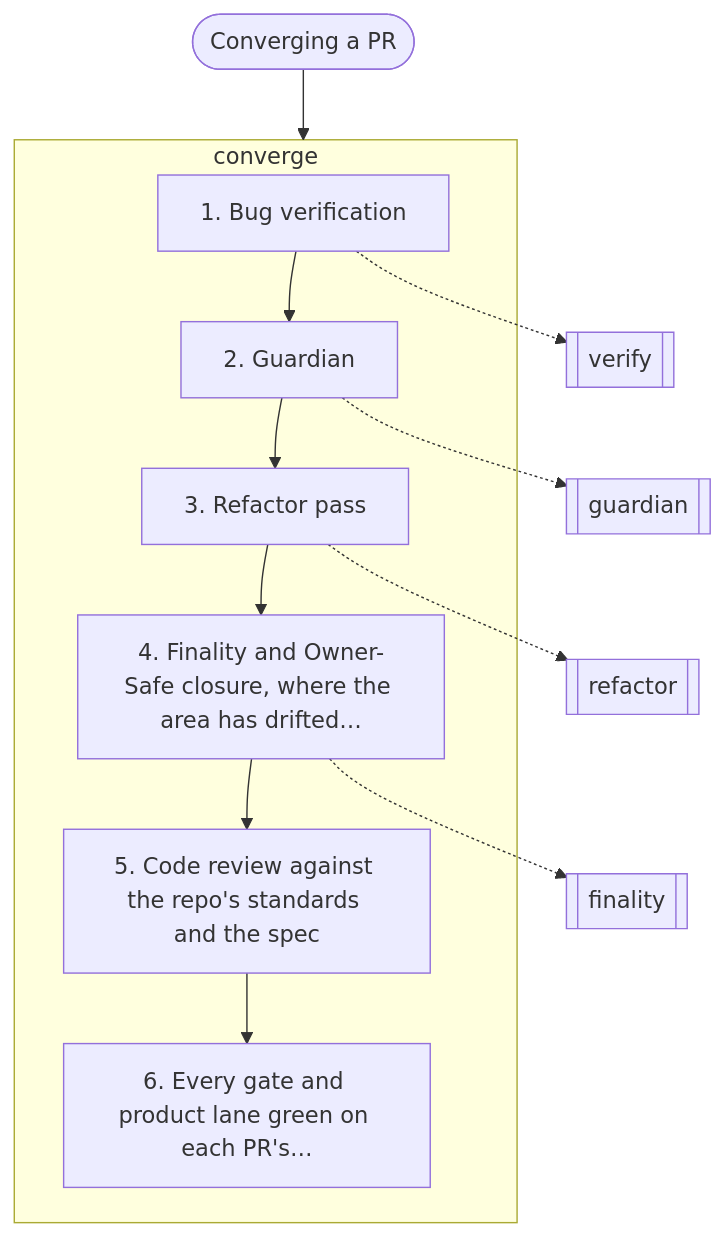
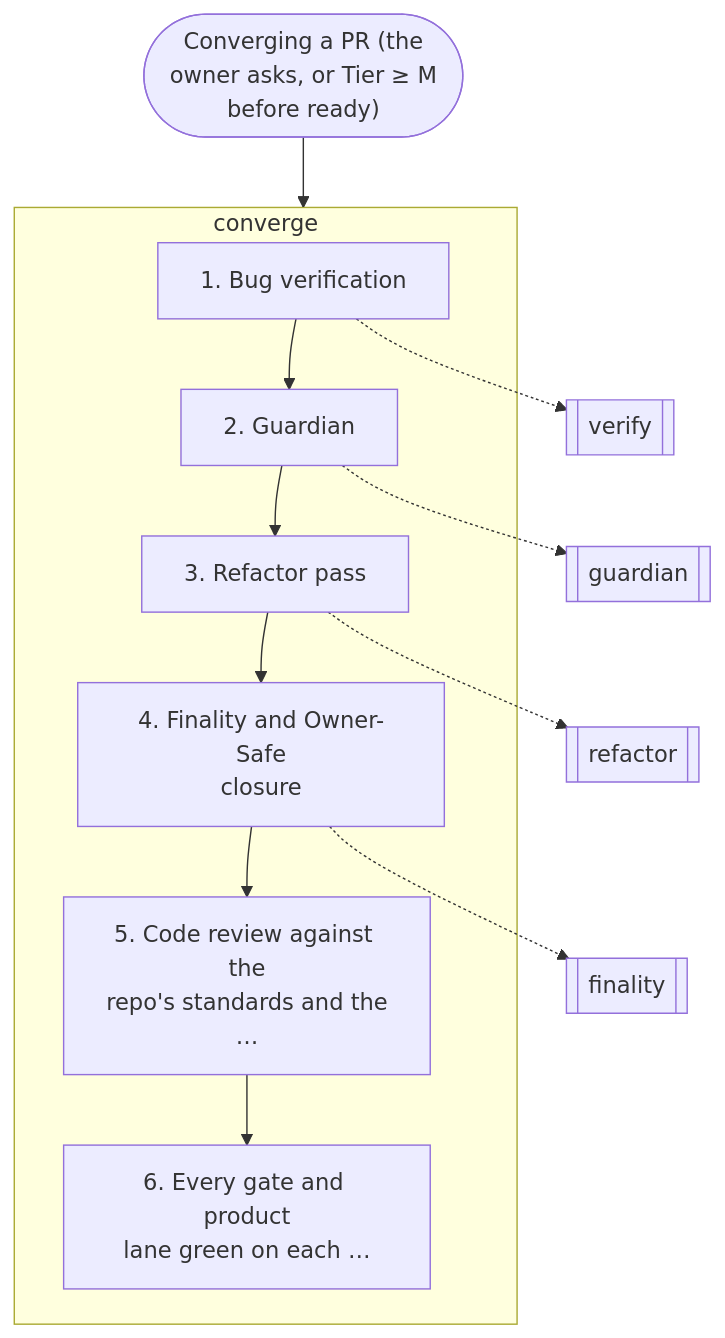
One commit to nitedani/mergeworthy changed the seventh of 14 diagrams in docs/graphs.md. Above: the diagram before and after it, drawn with Mermaid. The commit also changed other lines of this file and 1 other file, not shown here.

First line of the commit message:
Graphs: short labels wrapped into lines, so GitHub doesn't cut them off

````diff
--- a/docs/graphs.md
+++ b/docs/graphs.md
@@ -196,22 +196,22 @@
 ```mermaid
 flowchart TB
-  start(["Converging a PR"])
+  start(["Converging a PR (the<br/>owner asks, or Tier ≥ M<br/>before ready)"])
   subgraph g0["converge"]
     s0["1. Bug verification"]
     s1["2. Guardian"]
     s0 --> s1
     s2["3. Refactor pass"]
     s1 --> s2
-    s3["4. Finality and Owner-Safe closure, where the area has drifted…"]
+    s3["4. Finality and Owner-Safe<br/>closure"]
     s2 --> s3
-    s4["5. Code review against the repo's standards and the spec"]
+    s4["5. Code review against the<br/>repo's standards and the<br/>…"]
     s3 --> s4
-    s5["6. Every gate and product lane green on each PR's…"]
+    s5["6. Every gate and product<br/>lane green on each …"]
     s4 --> s5
   end
   s0 -.-> r1[["verify"]]
   s1 -.-> r2[["guardian"]]
   s2 -.-> r3[["refactor"]]
   s3 -.-> r4[["finality"]]
   start --> g0
 ```
````
